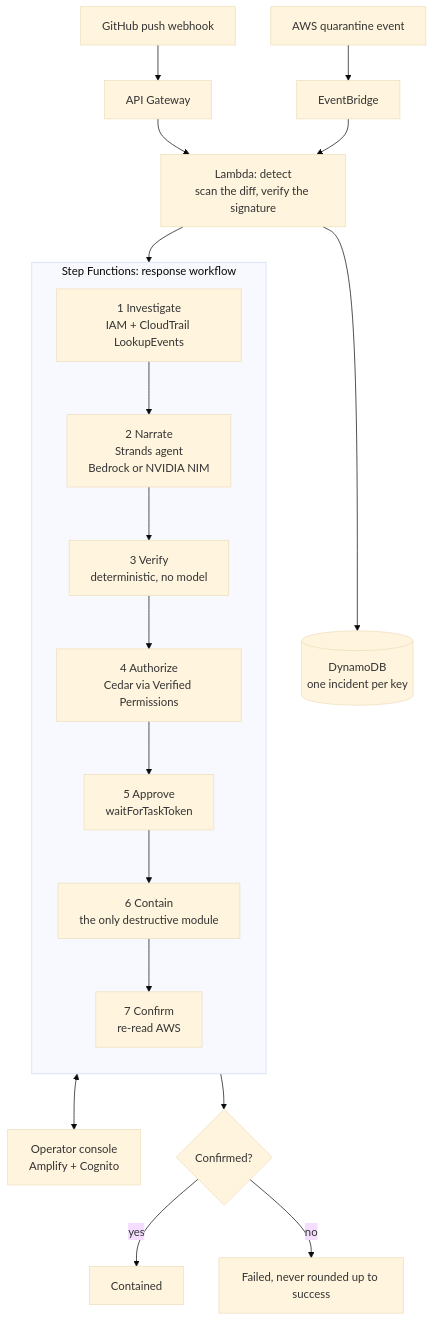
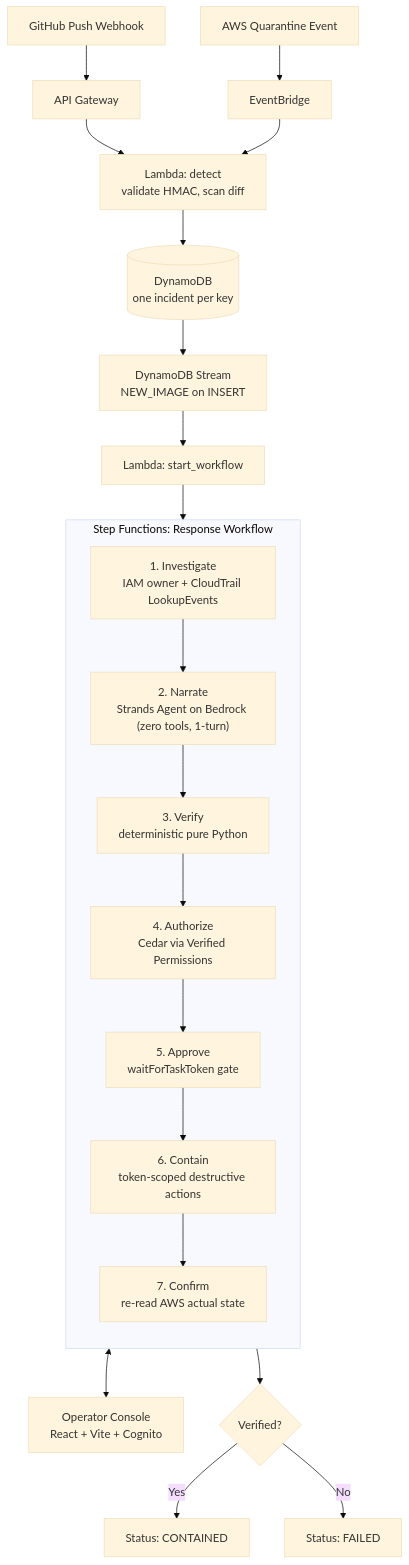
Before and after one commit to Atul-Chahar/KILLSWITCH: the diagram in README.md, drawn with Mermaid (base theme). The commit also changed other lines of this file and 4 other files, not shown here.

````diff
--- a/README.md
+++ b/README.md
@@ -24,26 +60,28 @@
 ```mermaid
 flowchart TD
-    push["GitHub push webhook"] --> apigw["API Gateway"]
-    apigw --> detect["Lambda: detect<br/>scan the diff, verify the signature"]
-    quarantine["AWS quarantine event"] --> eb["EventBridge"]
+    push["GitHub Push Webhook"] --> apigw["API Gateway"]
+    apigw --> detect["Lambda: detect<br/>validate HMAC, scan diff"]
+    quarantine["AWS Quarantine Event"] --> eb["EventBridge"]
     eb --> detect
     detect --> ddb[("DynamoDB<br/>one incident per key")]
-    detect --> sfn
+    ddb --> ddbstream["DynamoDB Stream<br/>NEW_IMAGE on INSERT"]
+    ddbstream --> starter["Lambda: start_workflow"]
+    starter --> sfn
 
-    subgraph sfn["Step Functions: response workflow"]
+    subgraph sfn["Step Functions: Response Workflow"]
         direction TB
-        investigate["1 Investigate<br/>IAM + CloudTrail LookupEvents"]
-        narrate["2 Narrate<br/>Strands agent<br/>Bedrock or NVIDIA NIM"]
-        verify["3 Verify<br/>deterministic, no model"]
-        authorize["4 Authorize<br/>Cedar via Verified Permissions"]
-        approve["5 Approve<br/>waitForTaskToken"]
-        contain["6 Contain<br/>the only destructive module"]
-        confirm["7 Confirm<br/>re-read AWS"]
+        investigate["1. Investigate<br/>IAM owner + CloudTrail LookupEvents"]
+        narrate["2. Narrate<br/>Strands Agent on Bedrock (zero tools, 1-turn)"]
+        verify["3. Verify<br/>deterministic pure Python"]
+        authorize["4. Authorize<br/>Cedar via Verified Permissions"]
+        approve["5. Approve<br/>waitForTaskToken gate"]
+        contain["6. Contain<br/>token-scoped destructive actions"]
+        confirm["7. Confirm<br/>re-read AWS actual state"]
         investigate --> narrate --> verify --> authorize --> approve --> contain --> confirm
     end
 
-    approve <--> console["Operator console<br/>Amplify + Cognito"]
-    confirm --> outcome{"Confirmed?"}
-    outcome -- yes --> done["Contained"]
-    outcome -- no --> failed["Failed, never rounded up to success"]
+    approve <--> console["Operator Console<br/>React + Vite + Cognito"]
+    confirm --> outcome{"Verified?"}
+    outcome -- Yes --> done["Status: CONTAINED"]
+    outcome -- No --> failed["Status: FAILED"]
 ```
````
